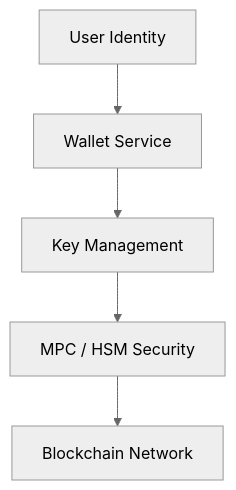
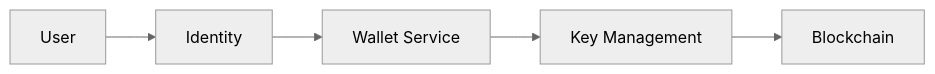
The third of 6 diagrams in assets/architecture/README.md (powerchain-protocol/checkout-sdk), drawn with Mermaid (neutral theme) before and after one commit. The commit also changed other lines of this file, not shown here.

````diff
--- a/assets/architecture/README.md
+++ b/assets/architecture/README.md
@@ -336,22 +318,22 @@
 ```mermaid
-flowchart TB
+flowchart LR
 
-A[User Identity]
+USER[User]
 
-B[Wallet Service]
+AUTH[Identity]
 
-C[Key Management]
+WALLET[Wallet Service]
 
-D[MPC / HSM Security]
+KEY[Key Management]
 
-E[Blockchain Network]
+CHAIN[Blockchain]
 
 
-A --> B
+USER --> AUTH
 
-B --> C
+AUTH --> WALLET
 
-C --> D
+WALLET --> KEY
 
-D --> E
+KEY --> CHAIN
 ```
````
